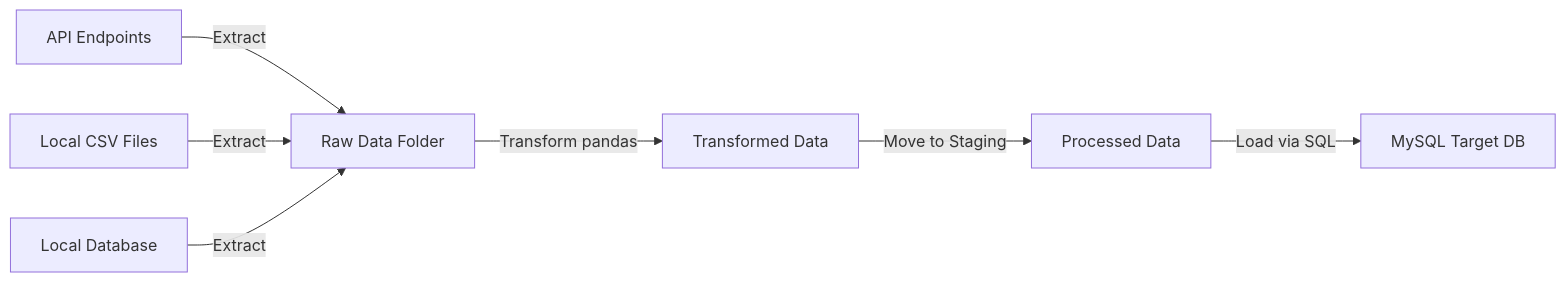
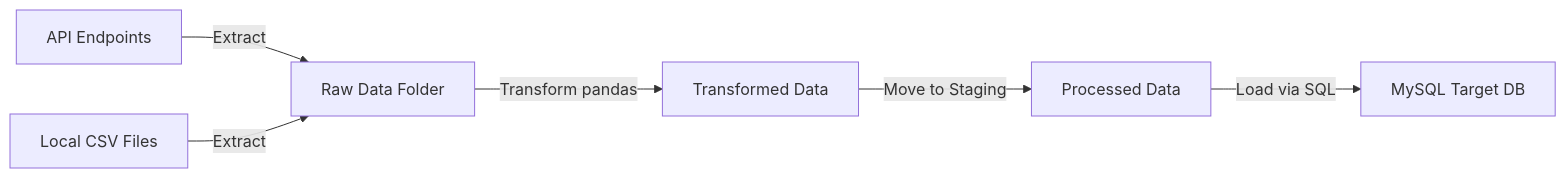
One commit to JuFo96/ETL changed the diagram in README.md. Above: the diagram before and after it, drawn with Mermaid. The commit also changed 1 other file, not shown here.

````diff
--- a/README.md
+++ b/README.md
@@ -60,9 +60,8 @@
 ```mermaid
 flowchart LR
     A[API Endpoints] -->|Extract| B[Raw Data Folder]
     C[Local CSV Files] -->|Extract| B
-    D[Local Database] -->|Extract| B
     B -->|Transform pandas| E[Transformed Data]
     E[Transformed Data] -->|Move to Staging| F[Processed Data]
     F -->|Load via SQL| G[MySQL Target DB]
 ```
````
